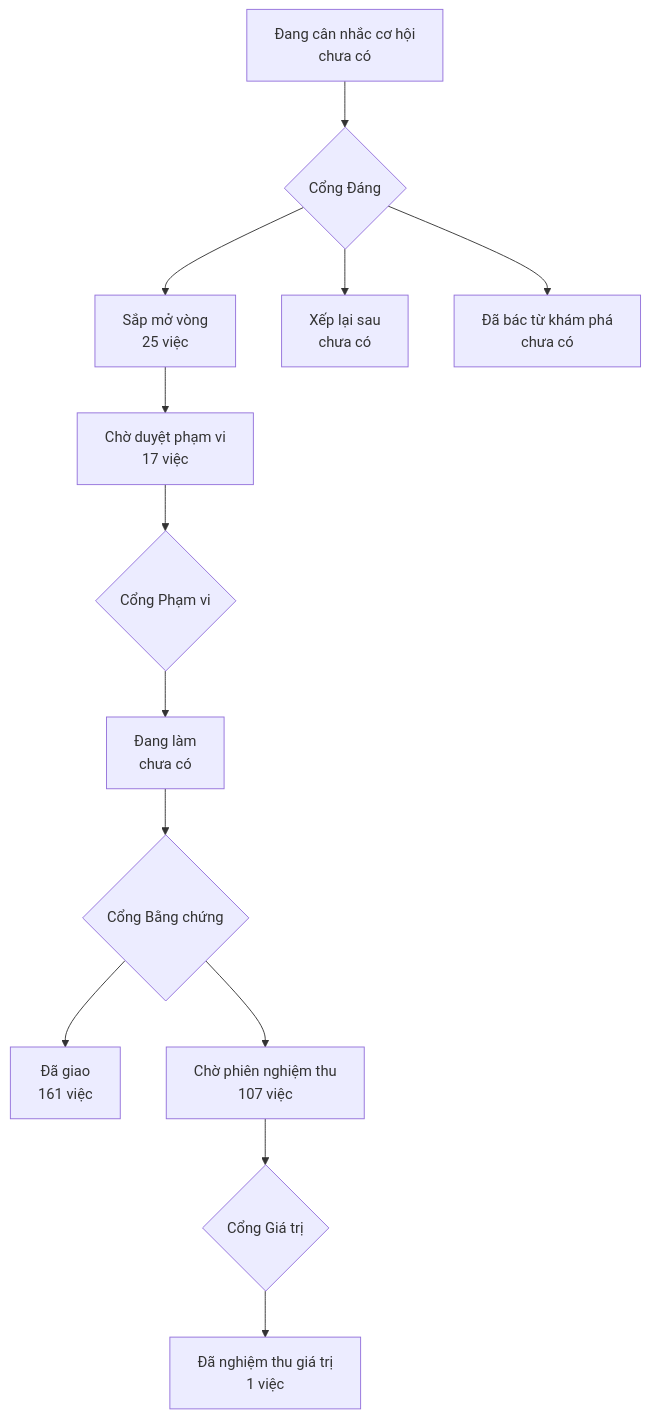
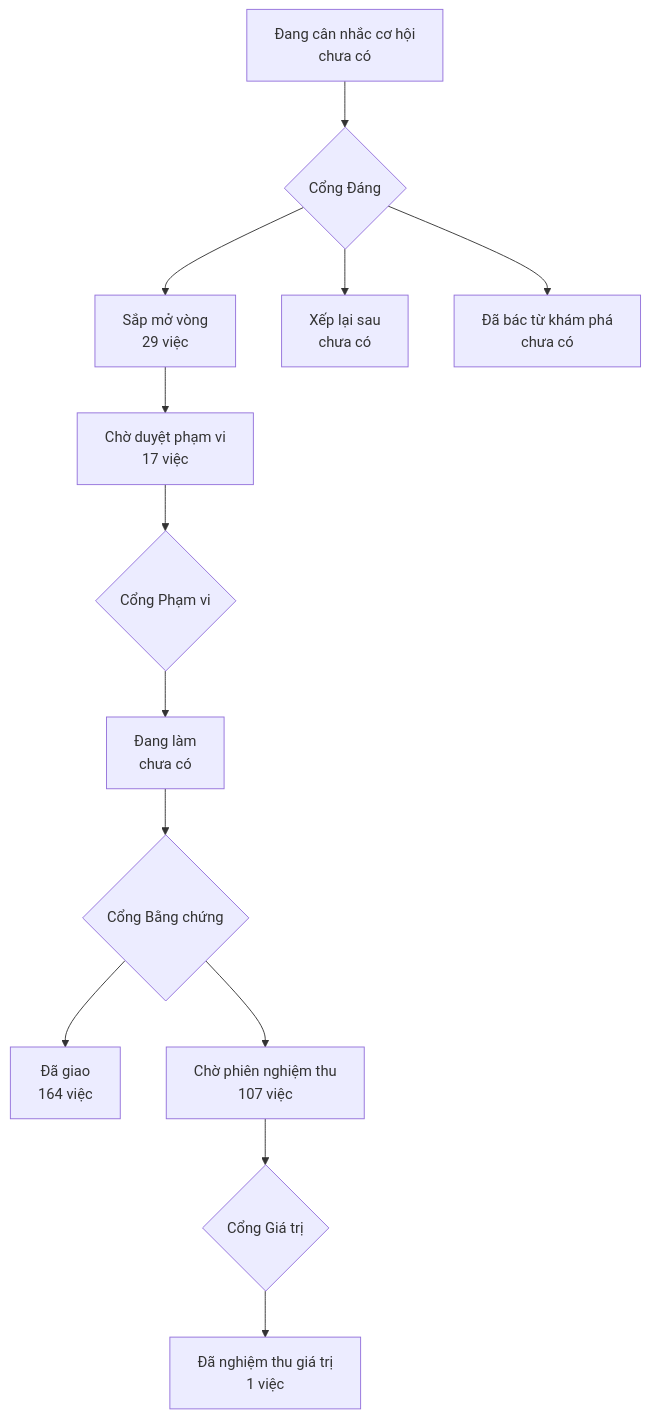
The diagram in PRODUCT-MAP.md (phanlemanh/onehub-invest), drawn with Mermaid before and after one commit. The commit also changed other lines of this file and 1 other file, not shown here.

````diff
--- a/PRODUCT-MAP.md
+++ b/PRODUCT-MAP.md
@@ -7,12 +7,12 @@
 ```mermaid
 flowchart TD
   A["Đang cân nhắc cơ hội<br/>chưa có"] --> GD{"Cổng Đáng"}
-  GD --> B["Sắp mở vòng<br/>25 việc"]
+  GD --> B["Sắp mở vòng<br/>29 việc"]
   GD --> XL["Xếp lại sau<br/>chưa có"]
   GD --> DB["Đã bác từ khám phá<br/>chưa có"]
   B --> CD["Chờ duyệt phạm vi<br/>17 việc"] --> GP{"Cổng Phạm vi"}
   GP --> DL["Đang làm<br/>chưa có"] --> GB{"Cổng Bằng chứng"}
-  GB --> DG["Đã giao<br/>161 việc"]
+  GB --> DG["Đã giao<br/>164 việc"]
   GB --> CN["Chờ phiên nghiệm thu<br/>107 việc"] --> GG{"Cổng Giá trị"}
   GG --> NT["Đã nghiệm thu giá trị<br/>1 việc"]
 ```
````
